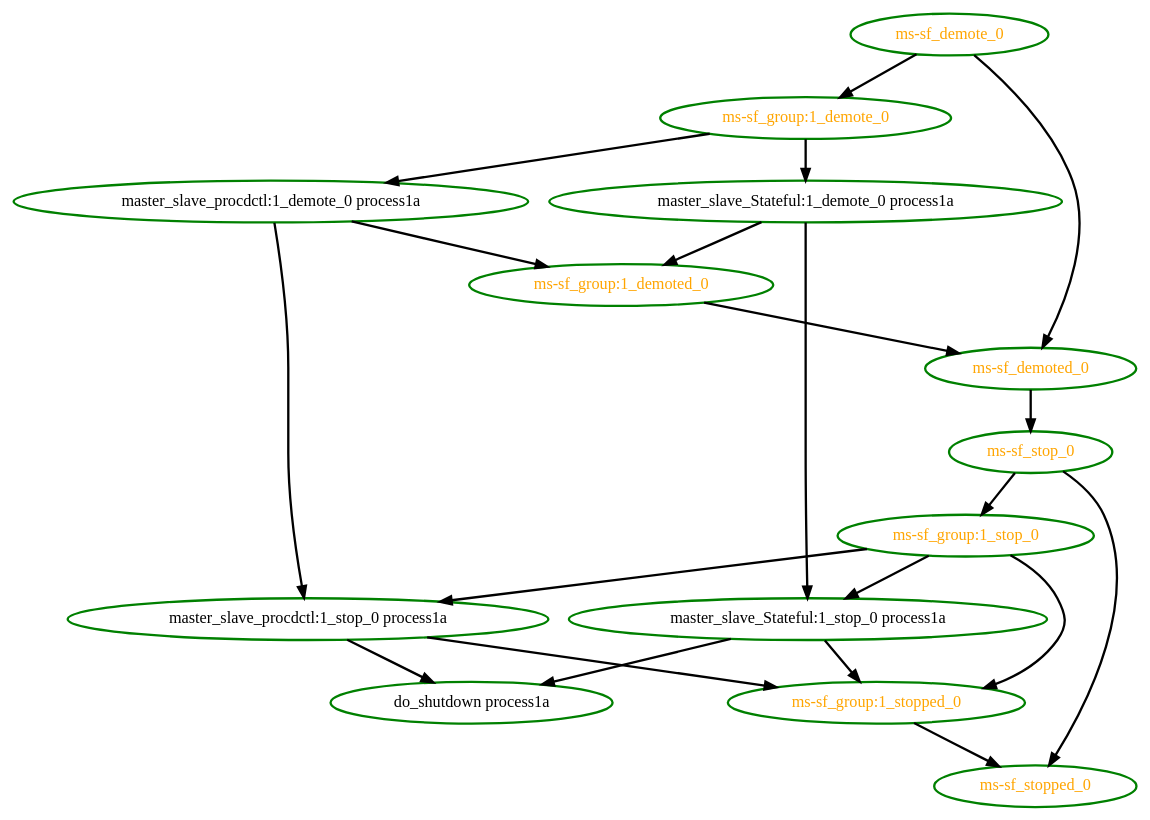
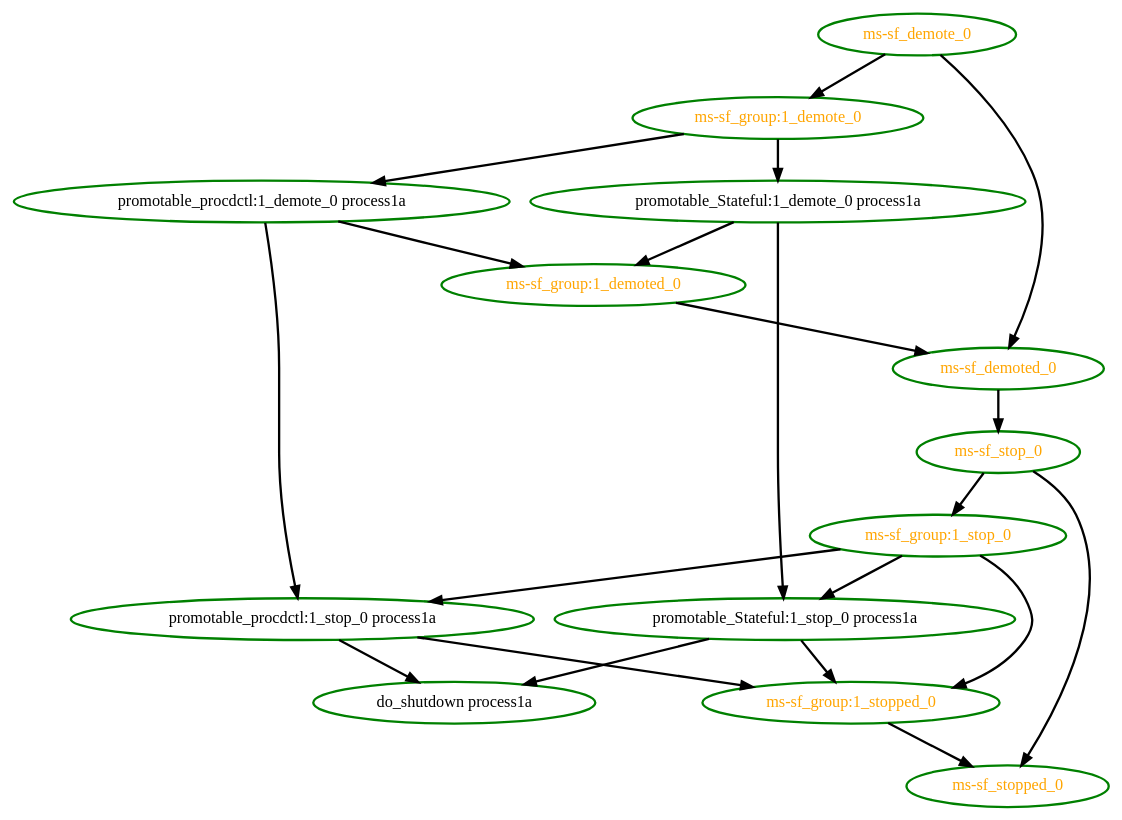
One commit to ClusterLabs/pacemaker changed the diagram in cts/scheduler/dot/bug-1822.dot. Above: the diagram before and after it, drawn with Graphviz. The commit also changed 9 other files, not shown here.

```diff
--- a/cts/scheduler/dot/bug-1822.dot
+++ b/cts/scheduler/dot/bug-1822.dot
@@ -1,35 +1,35 @@
  digraph "g" {
 "do_shutdown process1a" [ style=bold color="green" fontcolor="black"]
-"master_slave_Stateful:1_demote_0 process1a" -> "master_slave_Stateful:1_stop_0 process1a" [ style = bold]
-"master_slave_Stateful:1_demote_0 process1a" -> "ms-sf_group:1_demoted_0" [ style = bold]
-"master_slave_Stateful:1_demote_0 process1a" [ style=bold color="green" fontcolor="black"]
-"master_slave_Stateful:1_stop_0 process1a" -> "do_shutdown process1a" [ style = bold]
-"master_slave_Stateful:1_stop_0 process1a" -> "ms-sf_group:1_stopped_0" [ style = bold]
-"master_slave_Stateful:1_stop_0 process1a" [ style=bold color="green" fontcolor="black"]
-"master_slave_procdctl:1_demote_0 process1a" -> "master_slave_procdctl:1_stop_0 process1a" [ style = bold]
-"master_slave_procdctl:1_demote_0 process1a" -> "ms-sf_group:1_demoted_0" [ style = bold]
-"master_slave_procdctl:1_demote_0 process1a" [ style=bold color="green" fontcolor="black"]
-"master_slave_procdctl:1_stop_0 process1a" -> "do_shutdown process1a" [ style = bold]
-"master_slave_procdctl:1_stop_0 process1a" -> "ms-sf_group:1_stopped_0" [ style = bold]
-"master_slave_procdctl:1_stop_0 process1a" [ style=bold color="green" fontcolor="black"]
 "ms-sf_demote_0" -> "ms-sf_demoted_0" [ style = bold]
 "ms-sf_demote_0" -> "ms-sf_group:1_demote_0" [ style = bold]
 "ms-sf_demote_0" [ style=bold color="green" fontcolor="orange"]
 "ms-sf_demoted_0" -> "ms-sf_stop_0" [ style = bold]
 "ms-sf_demoted_0" [ style=bold color="green" fontcolor="orange"]
-"ms-sf_group:1_demote_0" -> "master_slave_Stateful:1_demote_0 process1a" [ style = bold]
-"ms-sf_group:1_demote_0" -> "master_slave_procdctl:1_demote_0 process1a" [ style = bold]
+"ms-sf_group:1_demote_0" -> "promotable_Stateful:1_demote_0 process1a" [ style = bold]
+"ms-sf_group:1_demote_0" -> "promotable_procdctl:1_demote_0 process1a" [ style = bold]
 "ms-sf_group:1_demote_0" [ style=bold color="green" fontcolor="orange"]
 "ms-sf_group:1_demoted_0" -> "ms-sf_demoted_0" [ style = bold]
 "ms-sf_group:1_demoted_0" [ style=bold color="green" fontcolor="orange"]
-"ms-sf_group:1_stop_0" -> "master_slave_Stateful:1_stop_0 process1a" [ style = bold]
-"ms-sf_group:1_stop_0" -> "master_slave_procdctl:1_stop_0 process1a" [ style = bold]
 "ms-sf_group:1_stop_0" -> "ms-sf_group:1_stopped_0" [ style = bold]
+"ms-sf_group:1_stop_0" -> "promotable_Stateful:1_stop_0 process1a" [ style = bold]
+"ms-sf_group:1_stop_0" -> "promotable_procdctl:1_stop_0 process1a" [ style = bold]
 "ms-sf_group:1_stop_0" [ style=bold color="green" fontcolor="orange"]
 "ms-sf_group:1_stopped_0" -> "ms-sf_stopped_0" [ style = bold]
 "ms-sf_group:1_stopped_0" [ style=bold color="green" fontcolor="orange"]
 "ms-sf_stop_0" -> "ms-sf_group:1_stop_0" [ style = bold]
 "ms-sf_stop_0" -> "ms-sf_stopped_0" [ style = bold]
 "ms-sf_stop_0" [ style=bold color="green" fontcolor="orange"]
 "ms-sf_stopped_0" [ style=bold color="green" fontcolor="orange"]
+"promotable_Stateful:1_demote_0 process1a" -> "ms-sf_group:1_demoted_0" [ style = bold]
+"promotable_Stateful:1_demote_0 process1a" -> "promotable_Stateful:1_stop_0 process1a" [ style = bold]
+"promotable_Stateful:1_demote_0 process1a" [ style=bold color="green" fontcolor="black"]
+"promotable_Stateful:1_stop_0 process1a" -> "do_shutdown process1a" [ style = bold]
+"promotable_Stateful:1_stop_0 process1a" -> "ms-sf_group:1_stopped_0" [ style = bold]
+"promotable_Stateful:1_stop_0 process1a" [ style=bold color="green" fontcolor="black"]
+"promotable_procdctl:1_demote_0 process1a" -> "ms-sf_group:1_demoted_0" [ style = bold]
+"promotable_procdctl:1_demote_0 process1a" -> "promotable_procdctl:1_stop_0 process1a" [ style = bold]
+"promotable_procdctl:1_demote_0 process1a" [ style=bold color="green" fontcolor="black"]
+"promotable_procdctl:1_stop_0 process1a" -> "do_shutdown process1a" [ style = bold]
+"promotable_procdctl:1_stop_0 process1a" -> "ms-sf_group:1_stopped_0" [ style = bold]
+"promotable_procdctl:1_stop_0 process1a" [ style=bold color="green" fontcolor="black"]
 }
```
